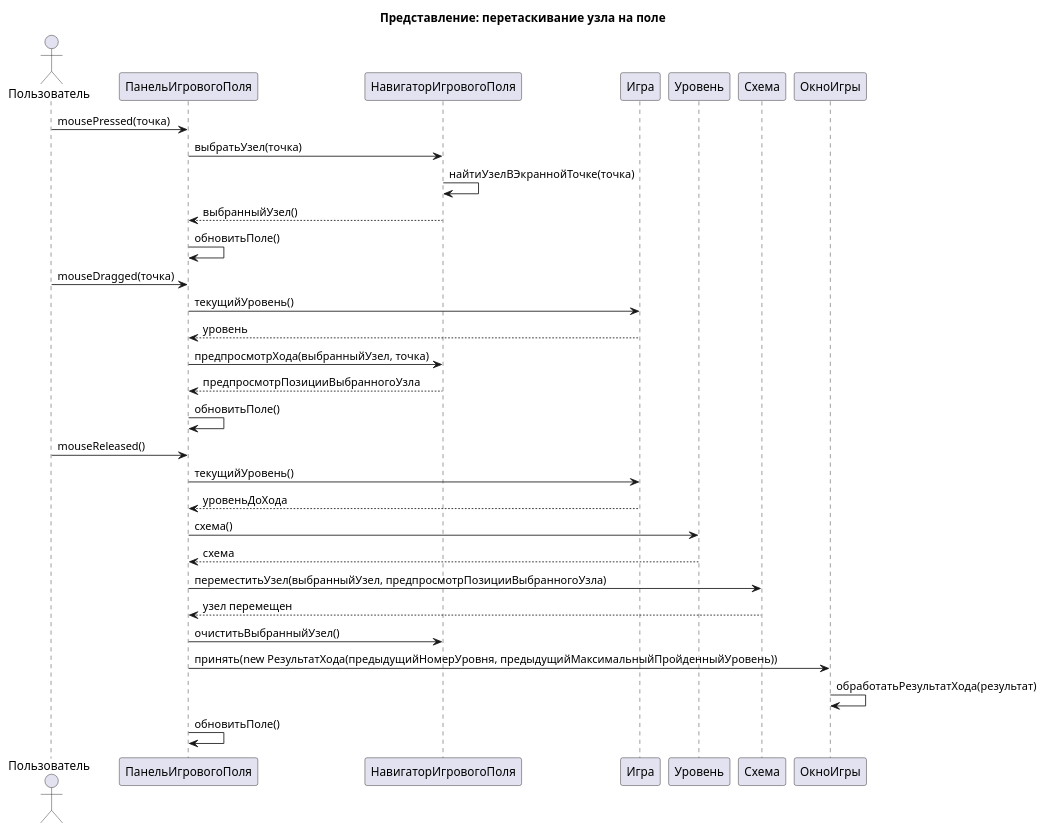
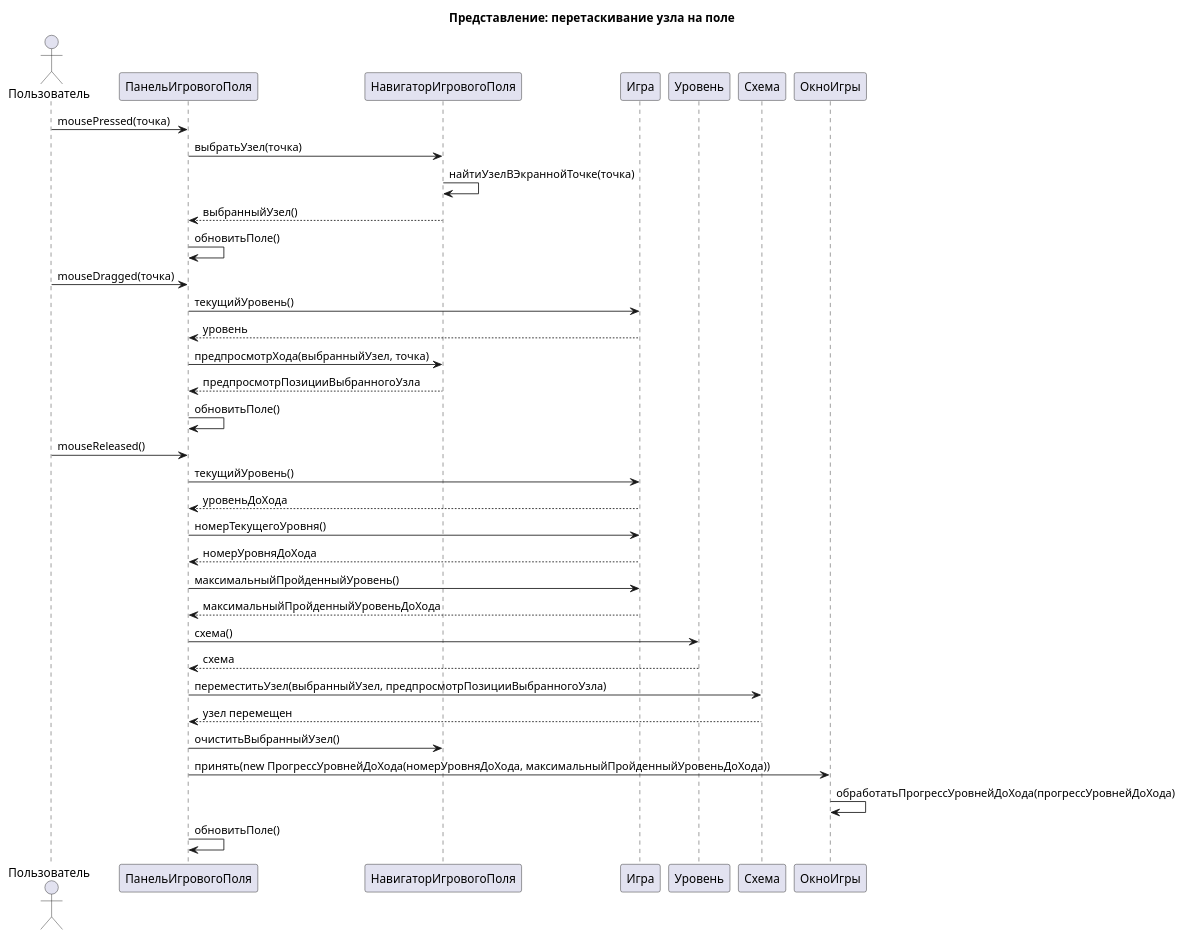
One commit to dmitriyBreyfogel/Untangle changed the diagram in diagrams/View sequence diagrams/03 Drag node on field.puml. Above: the diagram before and after it, drawn with PlantUML. The commit also changed 3 other files, not shown here.

Commit message:
[diagrams] Обновлён снимок прогресса View

```diff
--- a/diagrams/View sequence diagrams/03 Drag node on field.puml
+++ b/diagrams/View sequence diagrams/03 Drag node on field.puml
@@ -1,37 +1,41 @@
 @startuml
 title Представление: перетаскивание узла на поле
 
 actor Пользователь
 participant "ПанельИгровогоПоля" as ПанельИгровогоПоля
 participant "НавигаторИгровогоПоля" as НавигаторИгровогоПоля
 participant "Игра" as Игра
 participant "Уровень" as Уровень
 participant "Схема" as Схема
 participant "ОкноИгры" as ОкноИгры
 
 Пользователь -> ПанельИгровогоПоля : mousePressed(точка)
 ПанельИгровогоПоля -> НавигаторИгровогоПоля : выбратьУзел(точка)
 НавигаторИгровогоПоля -> НавигаторИгровогоПоля : найтиУзелВЭкраннойТочке(точка)
 НавигаторИгровогоПоля --> ПанельИгровогоПоля : выбранныйУзел()
 ПанельИгровогоПоля -> ПанельИгровогоПоля : обновитьПоле()
 
 Пользователь -> ПанельИгровогоПоля : mouseDragged(точка)
 ПанельИгровогоПоля -> Игра : текущийУровень()
 Игра --> ПанельИгровогоПоля : уровень
 ПанельИгровогоПоля -> НавигаторИгровогоПоля : предпросмотрХода(выбранныйУзел, точка)
 НавигаторИгровогоПоля --> ПанельИгровогоПоля : предпросмотрПозицииВыбранногоУзла
 ПанельИгровогоПоля -> ПанельИгровогоПоля : обновитьПоле()
 
 Пользователь -> ПанельИгровогоПоля : mouseReleased()
 ПанельИгровогоПоля -> Игра : текущийУровень()
 Игра --> ПанельИгровогоПоля : уровеньДоХода
+ПанельИгровогоПоля -> Игра : номерТекущегоУровня()
+Игра --> ПанельИгровогоПоля : номерУровняДоХода
+ПанельИгровогоПоля -> Игра : максимальныйПройденныйУровень()
+Игра --> ПанельИгровогоПоля : максимальныйПройденныйУровеньДоХода
 ПанельИгровогоПоля -> Уровень : схема()
 Уровень --> ПанельИгровогоПоля : схема
 ПанельИгровогоПоля -> Схема : переместитьУзел(выбранныйУзел, предпросмотрПозицииВыбранногоУзла)
 Схема --> ПанельИгровогоПоля : узел перемещен
 ПанельИгровогоПоля -> НавигаторИгровогоПоля : очиститьВыбранныйУзел()
-ПанельИгровогоПоля -> ОкноИгры : принять(new РезультатХода(предыдущийНомерУровня, предыдущийМаксимальныйПройденныйУровень))
-ОкноИгры -> ОкноИгры : обработатьРезультатХода(результат)
+ПанельИгровогоПоля -> ОкноИгры : принять(new ПрогрессУровнейДоХода(номерУровняДоХода, максимальныйПройденныйУровеньДоХода))
+ОкноИгры -> ОкноИгры : обработатьПрогрессУровнейДоХода(прогрессУровнейДоХода)
 ПанельИгровогоПоля -> ПанельИгровогоПоля : обновитьПоле()
 
 @enduml
```
